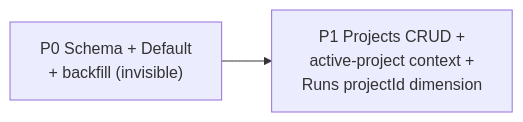
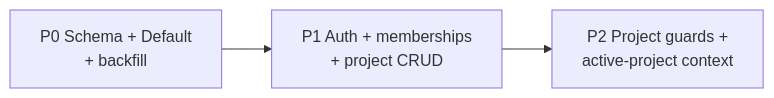
One commit to Gile987/scope changed the second of 2 diagrams in docs/architecture/data-organization-projects.md. Above: the diagram before and after it, drawn with Mermaid. The commit also changed other lines of this file and 2 other files, not shown here.

````diff
--- a/docs/architecture/data-organization-projects.md
+++ b/docs/architecture/data-organization-projects.md
@@ -475,4 +460,4 @@
 ```mermaid
 flowchart LR
-    P0["P0 Schema + Default<br/>+ backfill (invisible)"] --> P1["P1 Projects CRUD +<br/>active-project context +<br/>Runs projectId dimension"]
+    P0["P0 Schema + Default<br/>+ backfill"] --> P1["P1 Auth + memberships<br/>+ project CRUD"] --> P2["P2 Project guards +<br/>active-project context"]
 ```
````
